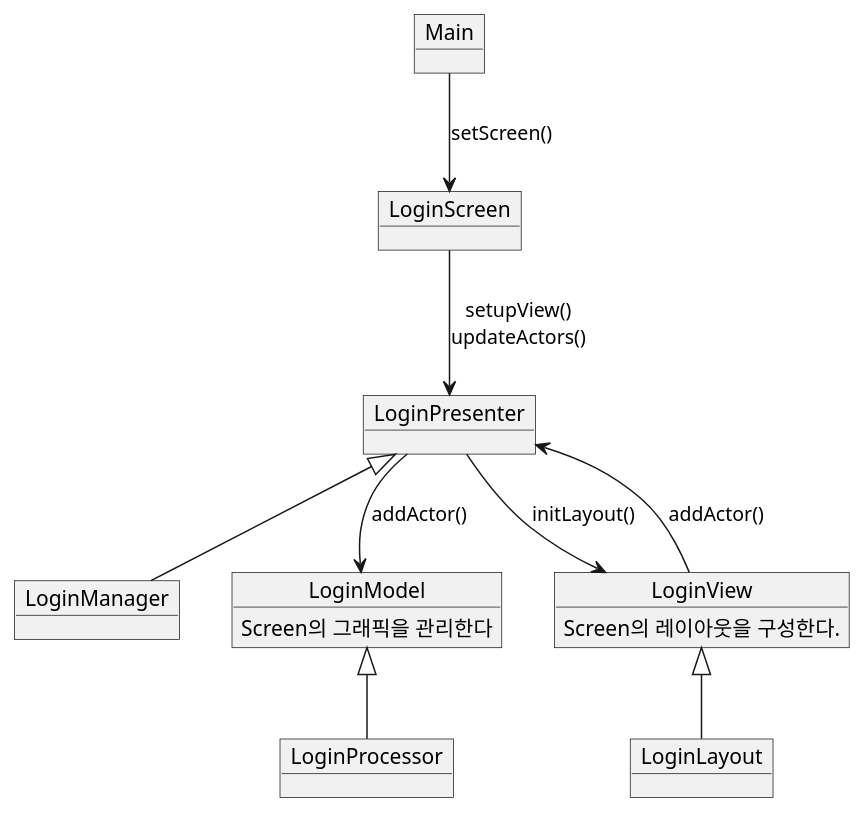
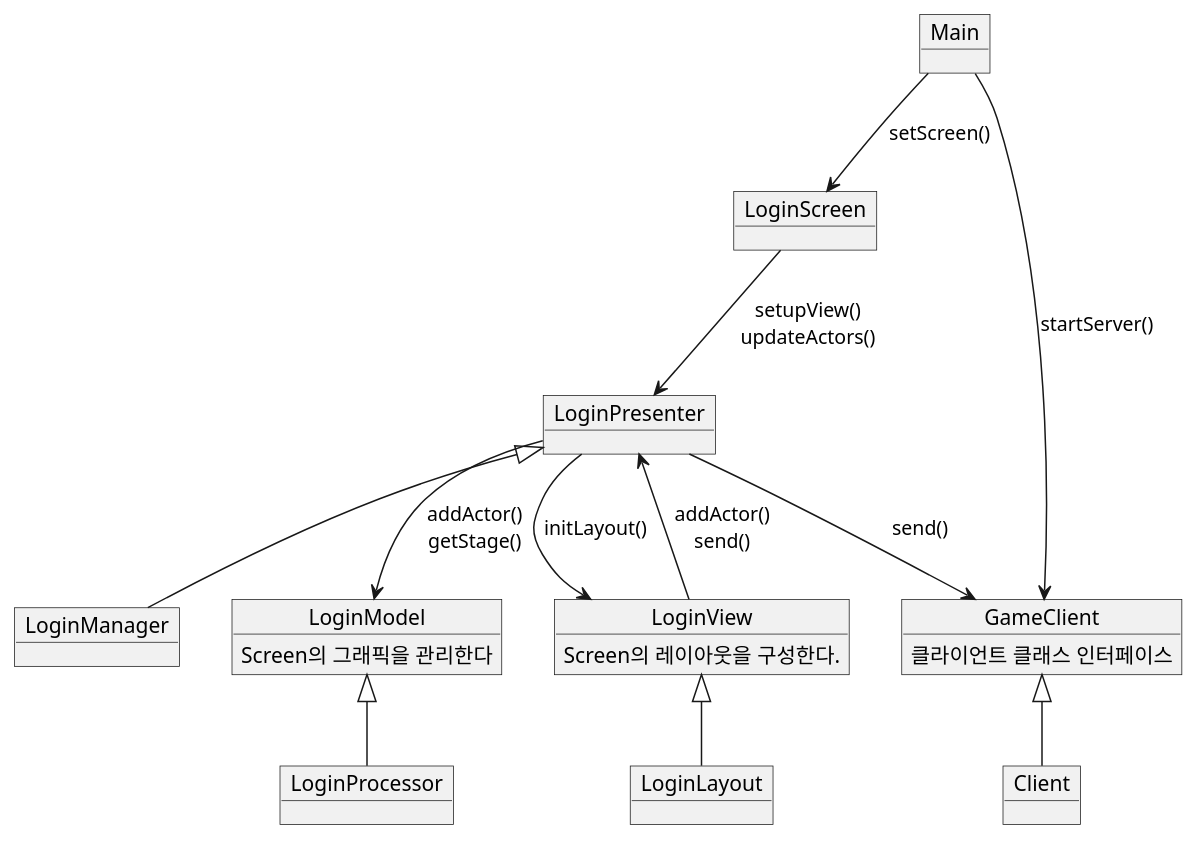
The diagram in Telestration_Client/core/src/Client.puml (rlaehd62/Telestration), drawn with PlantUML before and after one commit. The commit also changed 23 other files, not shown here.

Commit message:
Added Connectivity between Server And Client

```diff
--- a/Telestration_Client/core/src/Client.puml
+++ b/Telestration_Client/core/src/Client.puml
@@ -1,28 +1,34 @@
 @startuml
 object LoginScreen
 
 object LoginPresenter
 object LoginManager
 
 object LoginModel
 LoginModel : Screen의 그래픽을 관리한다
 object LoginProcessor
 
 object LoginView
 LoginView : Screen의 레이아웃을 구성한다.
 object LoginLayout
 
 object Main
+object Client
+object GameClient
+GameClient : 클라이언트 클래스 인터페이스
 
+Main --> GameClient : startServer()
+LoginPresenter --> GameClient : send()
+GameClient <|-- Client
 Main --> LoginScreen : setScreen()
 LoginScreen --> LoginPresenter : setupView()\nupdateActors()
 LoginPresenter <|-- LoginManager
 
 LoginPresenter --> LoginView : initLayout()
-LoginPresenter <-- LoginView : addActor()
+LoginPresenter <-- LoginView : addActor()\nsend()
 LoginView <|-- LoginLayout
 
-LoginPresenter --> LoginModel : addActor()
+LoginPresenter --> LoginModel : addActor()\ngetStage()
 LoginModel <|-- LoginProcessor
 
 @enduml
```
